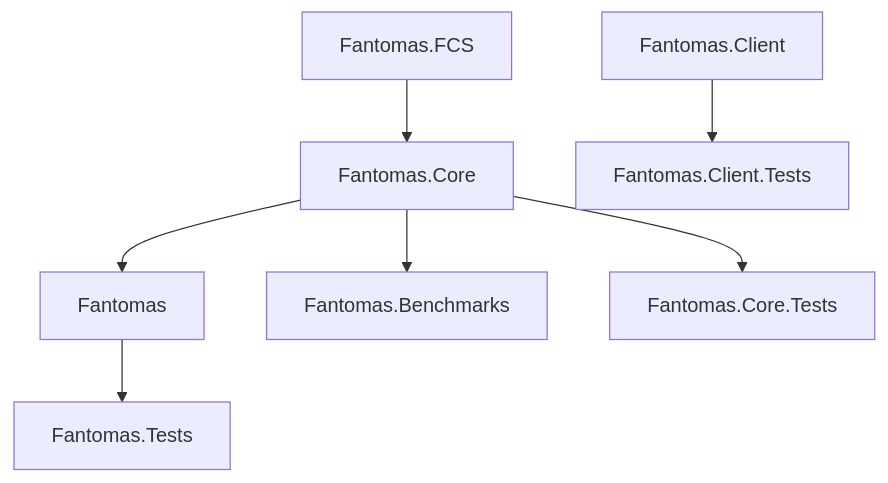
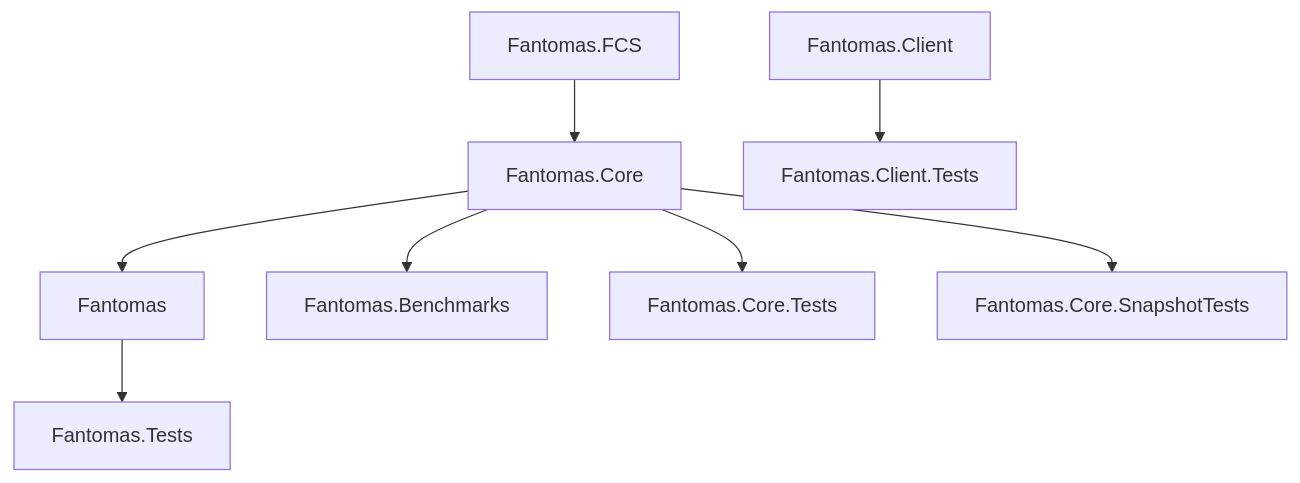
Before and after one commit to fsprojects/fantomas: the diagram in docs/docs/contributors/Solution Structure.md, drawn with Mermaid. The commit also changed other lines of this file and 161 other files, not shown here.

````diff
--- a/docs/docs/contributors/Solution Structure.md
+++ b/docs/docs/contributors/Solution Structure.md
@@ -11,9 +11,10 @@
 ```mermaid
 graph TD
     A[Fantomas.FCS] --> B
     B[Fantomas.Core] --> C[Fantomas]
     B --> D[Fantomas.Benchmarks]
     B --> E[Fantomas.Core.Tests]
+    B --> I[Fantomas.Core.SnapshotTests]
     C --> F[Fantomas.Tests]
     G[Fantomas.Client] --> H[Fantomas.Client.Tests]
 ```
````
